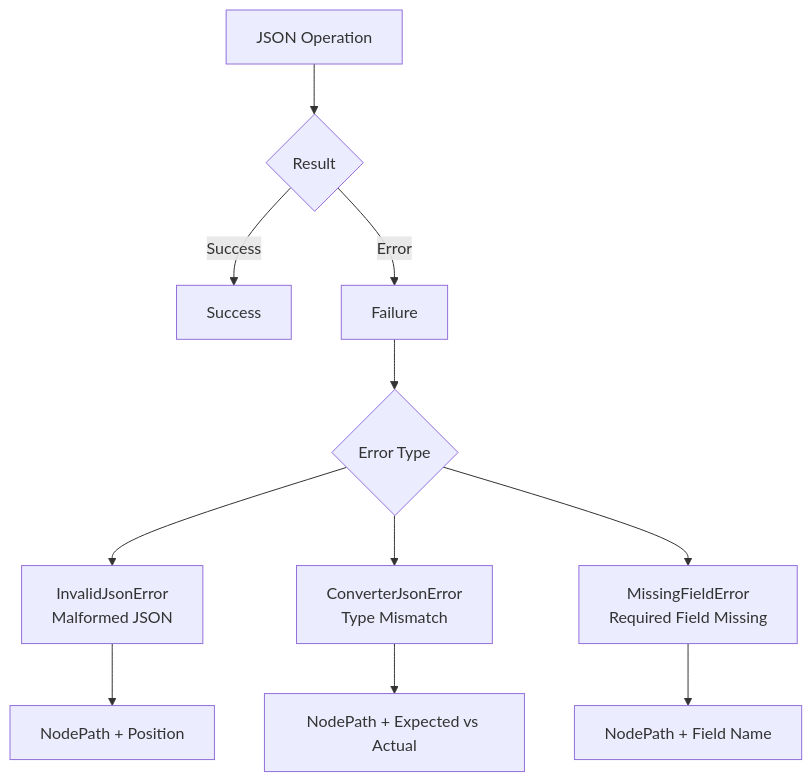
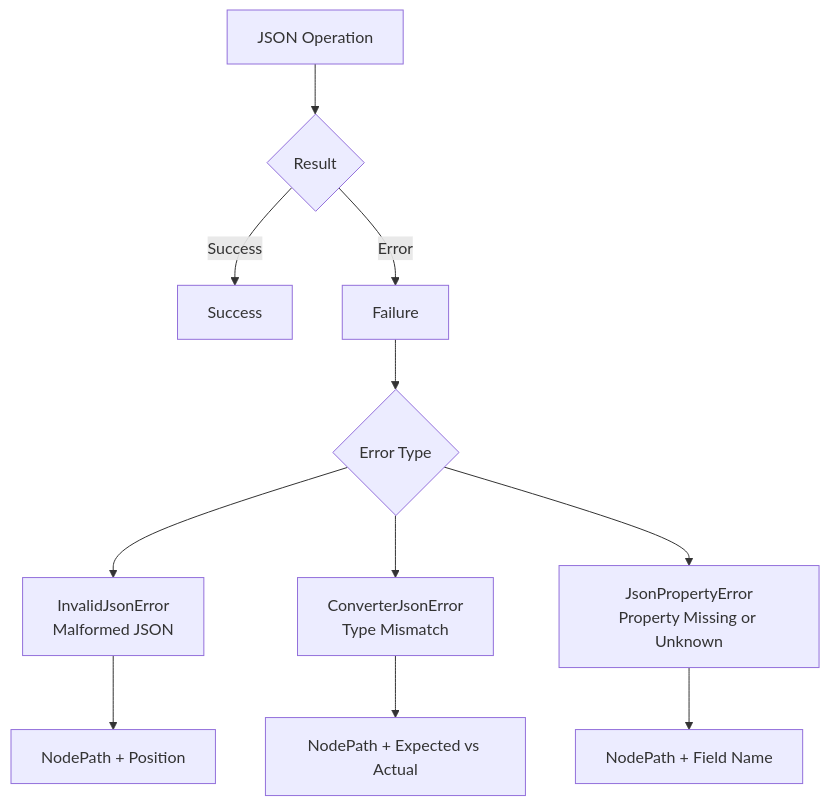
Before and after one commit to uberto/kondor-json: the third of 3 diagrams in docs/kondor-core.md, drawn with Mermaid. The commit also changed other lines of this file and 12 other files, not shown here.

````diff
--- a/docs/kondor-core.md
+++ b/docs/kondor-core.md
@@ -117,13 +124,13 @@
 ```mermaid
 graph TD
     A[JSON Operation] --> B{Result}
     B -->|Success| C[Success<T>]
     B -->|Error| D[Failure<JsonError>]
     D --> E{Error Type}
     E --> F[InvalidJsonError<br/>Malformed JSON]
     E --> G[ConverterJsonError<br/>Type Mismatch]
-    E --> H[MissingFieldError<br/>Required Field Missing]
+    E --> H[JsonPropertyError<br/>Property Missing or Unknown]
     F --> I[NodePath + Position]
     G --> J[NodePath + Expected vs Actual]
     H --> K[NodePath + Field Name]
 ```
````
